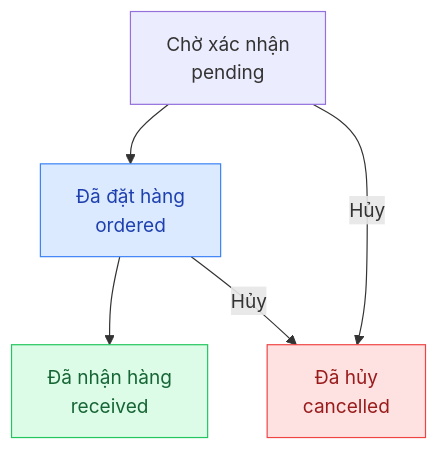
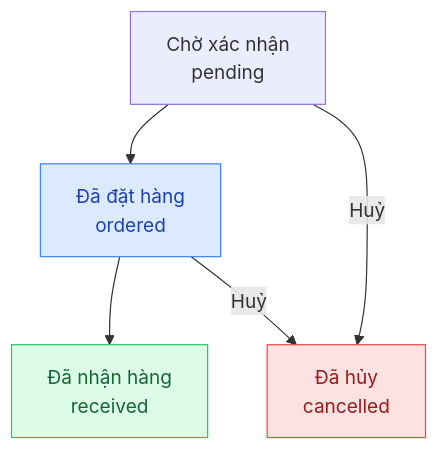
Before and after one commit to tiemtaphoakorea/tiemtaphoakorea: the diagram in docs/guide/owner/supplier-orders.mdx, drawn with Mermaid. The commit also changed other lines of this file and 25 other files, not shown here.

````diff
--- a/docs/guide/owner/supplier-orders.mdx
+++ b/docs/guide/owner/supplier-orders.mdx
@@ -16,11 +18,10 @@
 ```mermaid
 flowchart TD
     A["Chờ xác nhận<br/>pending"] --> B["Đã đặt hàng<br/>ordered"]
     B --> C["Đã nhận hàng<br/>received"]
-
-    A & B -->|Hủy| D["Đã hủy<br/>cancelled"]
+    A & B -->|Huỷ| D["Đã hủy<br/>cancelled"]
 
     style D fill:#fee2e2,stroke:#ef4444,color:#991b1b
     style C fill:#dcfce7,stroke:#22c55e,color:#166534
     style B fill:#dbeafe,stroke:#3b82f6,color:#1e40af
 ```
````
